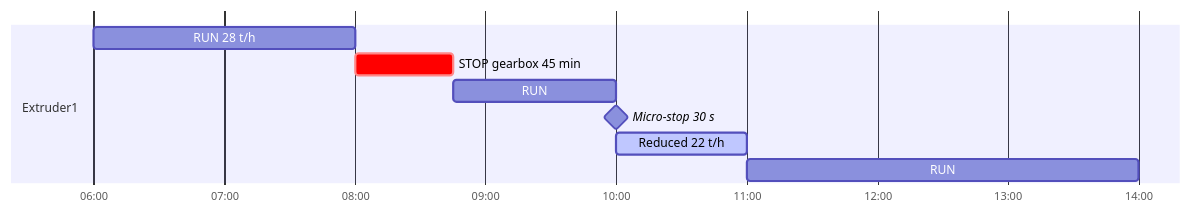
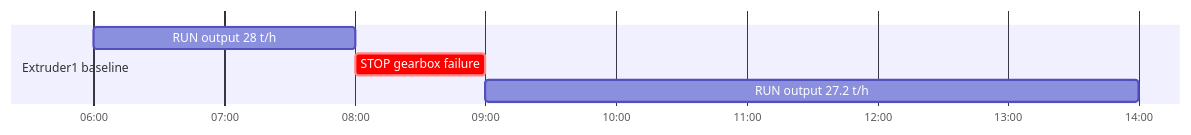
Before and after one commit to tofelemed/PLA-Downtime-RCA-V3: the fourth of 5 diagrams in docs/E2E_SINGLE_EXTRUDER.md, drawn with Mermaid. The commit also changed other lines of this file and 346 other files, not shown here.

````diff
--- a/docs/E2E_SINGLE_EXTRUDER.md
+++ b/docs/E2E_SINGLE_EXTRUDER.md
@@ -214,12 +1130,9 @@
 ```mermaid
 gantt
   dateFormat HH:mm
   axisFormat %H:%M
-  section Extruder1
-  RUN 28 t/h            :06:00, 120m
-  STOP gearbox 45 min   :crit, 08:00, 45m
-  RUN                   :08:45, 75m
-  Micro-stop 30 s       :milestone, 10:00, 0m
-  Reduced 22 t/h        :active, 10:00, 60m
-  RUN                   :11:00, 180m
+  section Extruder1 baseline
+  RUN output 28 t/h       :06:00, 120m
+  STOP gearbox failure    :crit, 08:00, 60m
+  RUN output 27.2 t/h     :09:00, 300m
 ```
````
